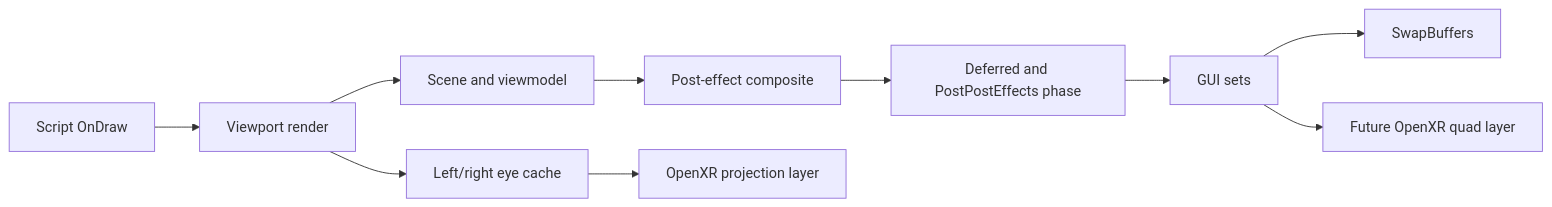
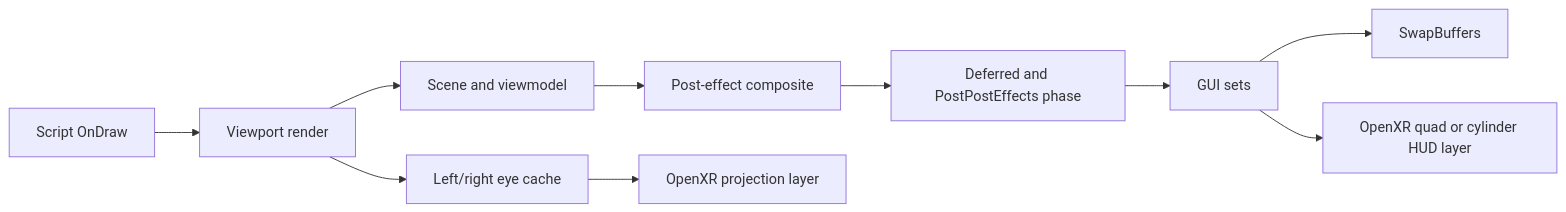
Before and after one commit to phunkaeg/SOMAVR: the diagram in docs/FUTURE_SYSTEMS_RE.md, drawn with Mermaid. The commit also changed other lines of this file and 21 other files, not shown here.

Commit message:
feat: add curved OpenXR HUD

````diff
--- a/docs/FUTURE_SYSTEMS_RE.md
+++ b/docs/FUTURE_SYSTEMS_RE.md
@@ -663,12 +663,12 @@
 ```mermaid
 flowchart LR
     A[Script OnDraw] --> B[Viewport render]
     B --> C[Scene and viewmodel]
     C --> D[Post-effect composite]
     D --> E[Deferred and PostPostEffects phase]
     E --> F[GUI sets]
     F --> G[SwapBuffers]
     B --> H[Left/right eye cache]
     H --> I[OpenXR projection layer]
-    F --> J[Future OpenXR quad layer]
+    F --> J[OpenXR quad or cylinder HUD layer]
 ```
````
